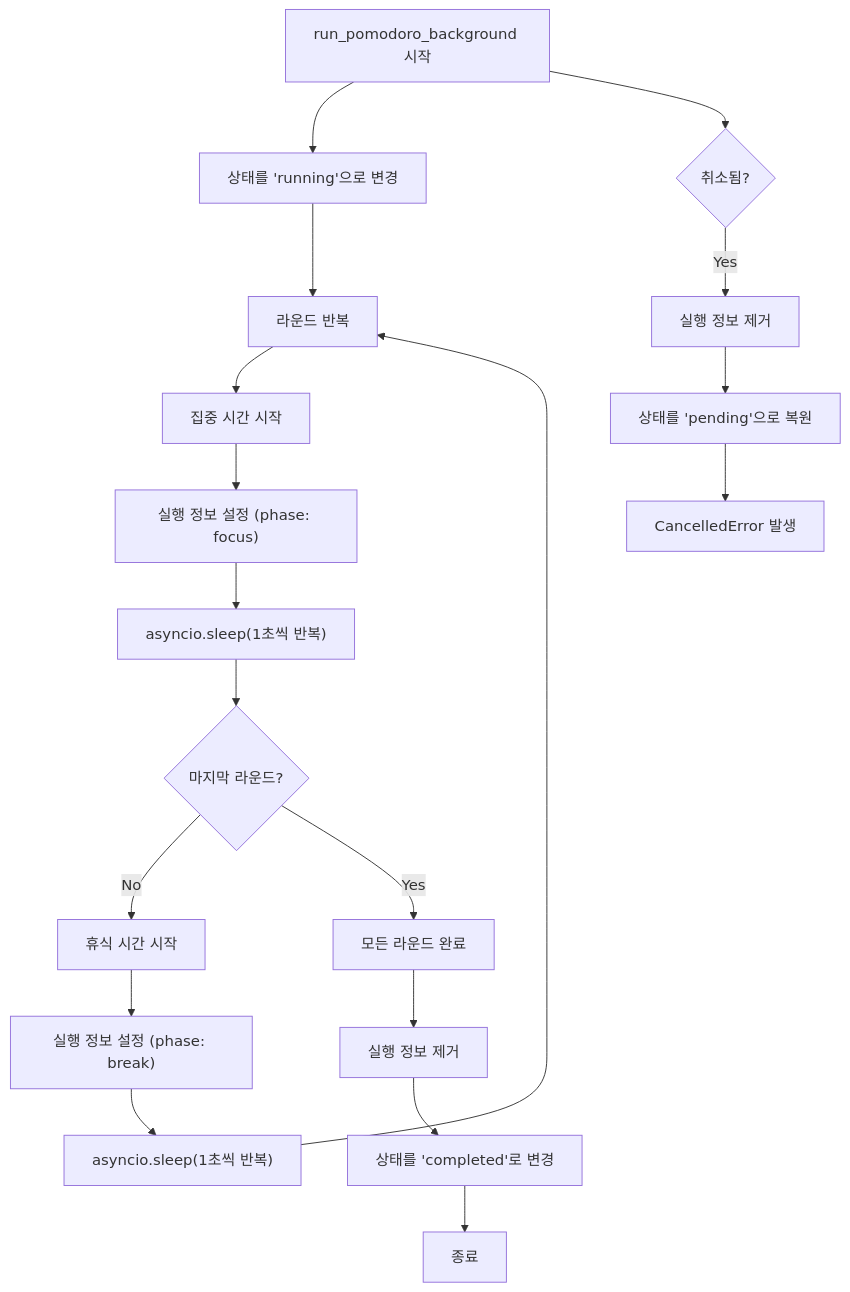
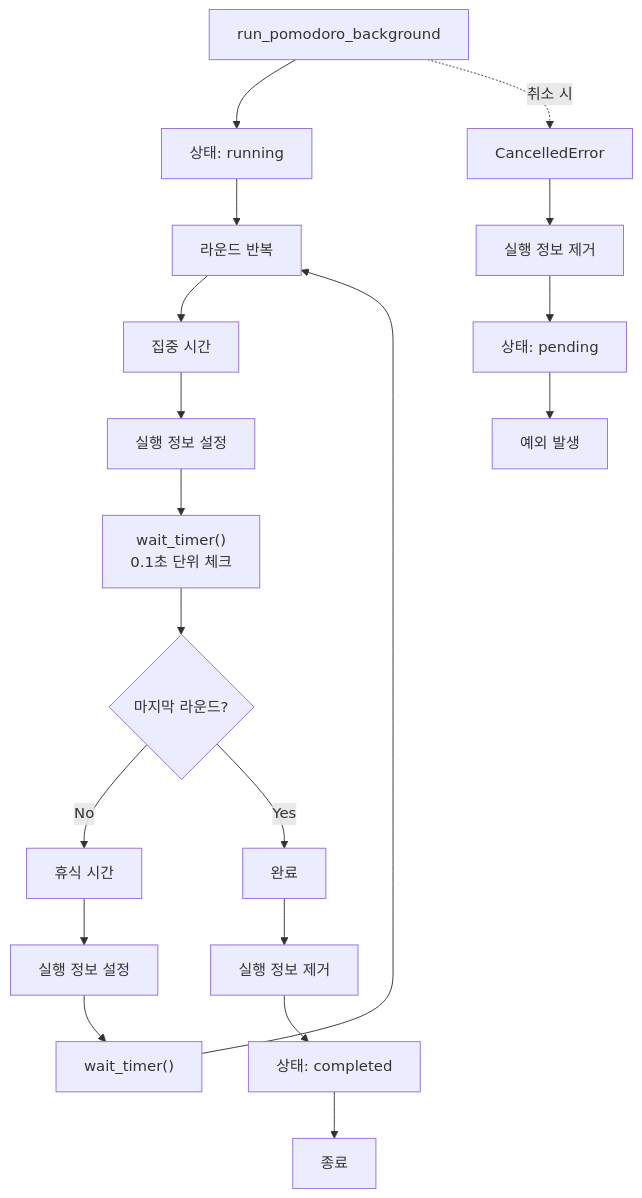
One commit to 7aulkim24/KDT_AWS_02 changed the second of 4 diagrams in Week2/docs/프로그램 순서도.md. Above: the diagram before and after it, drawn with Mermaid. The commit also changed other lines of this file and 2 other files, not shown here.

Commit message:
docs: Update README and flowchart to match actual implementation

````diff
--- a/Week2/docs/프로그램 순서도.md
+++ b/Week2/docs/프로그램 순서도.md
@@ -45,25 +43,25 @@
 ```mermaid
 flowchart TD
-    Start[run_pomodoro_background 시작] --> SetRunning["상태를 'running'으로 변경"]
+    Start[run_pomodoro_background] --> SetRunning[상태: running]
     SetRunning --> Loop[라운드 반복]
     
-    Loop --> Focus[집중 시간 시작]
-    Focus --> SetFocusInfo["실행 정보 설정 (phase: focus)"]
-    SetFocusInfo --> FocusWait["asyncio.sleep(1초씩 반복)"]
-    FocusWait --> LastRound{마지막 라운드?}
+    Loop --> Focus[집중 시간]
+    Focus --> SetFocusInfo[실행 정보 설정]
+    SetFocusInfo --> WaitFocus["wait_timer()<br/>0.1초 단위 체크"]
+    WaitFocus --> CheckLast{마지막 라운드?}
     
-    LastRound -->|No| Break[휴식 시간 시작]
-    Break --> SetBreakInfo["실행 정보 설정 (phase: break)"]
-    SetBreakInfo --> BreakWait["asyncio.sleep(1초씩 반복)"]
-    BreakWait --> Loop
+    CheckLast -->|No| Break[휴식 시간]
+    Break --> SetBreakInfo[실행 정보 설정]
+    SetBreakInfo --> WaitBreak["wait_timer()"]
+    WaitBreak --> Loop
     
-    LastRound -->|Yes| Complete[모든 라운드 완료]
+    CheckLast -->|Yes| Complete[완료]
     Complete --> ClearInfo[실행 정보 제거]
-    ClearInfo --> SetCompleted["상태를 'completed'로 변경"]
+    ClearInfo --> SetCompleted[상태: completed]
     SetCompleted --> End[종료]
     
-    Start --> Cancelled{취소됨?}
-    Cancelled -->|Yes| ClearInfo2[실행 정보 제거]
-    ClearInfo2 --> SetPending["상태를 'pending'으로 복원"]
-    SetPending --> Raise[CancelledError 발생]
+    Start -.->|취소 시| Cancelled[CancelledError]
+    Cancelled --> ClearInfo2[실행 정보 제거]
+    ClearInfo2 --> SetPending[상태: pending]
+    SetPending --> Raise[예외 발생]
 ```
````
